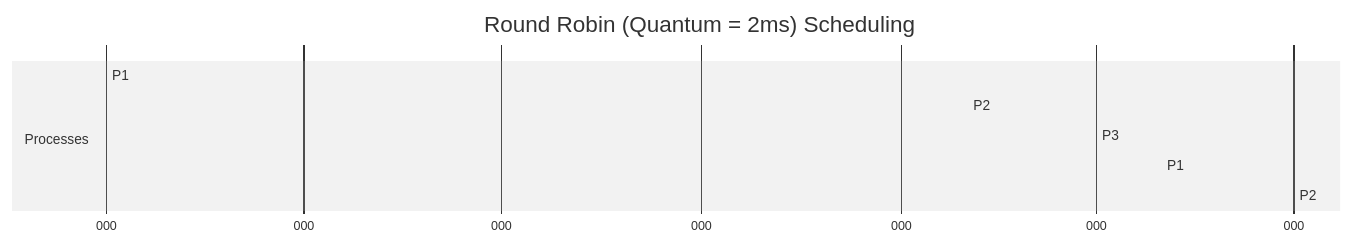
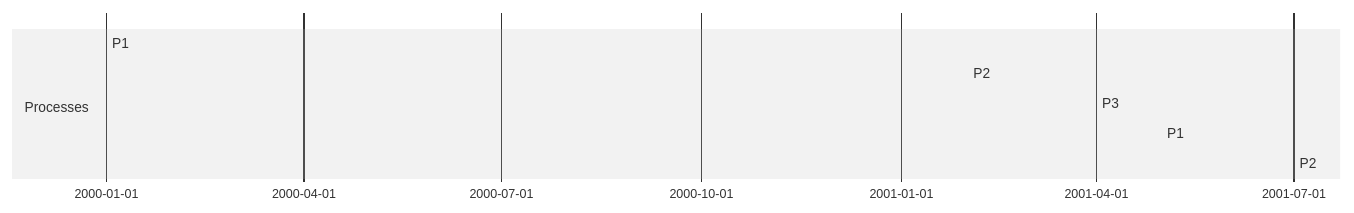
One commit to firdaceah/SisOp-2025 changed the diagram in scheduling.md. Above: the diagram before and after it, drawn with Mermaid (neutral theme).

Commit message:
scheduling update

````diff
--- a/scheduling.md
+++ b/scheduling.md
@@ -68,13 +68,9 @@
 ```mermaid
 gantt
-    title Round Robin (Quantum = 2ms) Scheduling
-    dateFormat  %x
-    axisFormat  %L
-    tickInterval 1s
     section Processes
     P1:0,2
     P2:2,4
     P3:4,5
     P1:5,7
     P2:7,8
 ```
````
